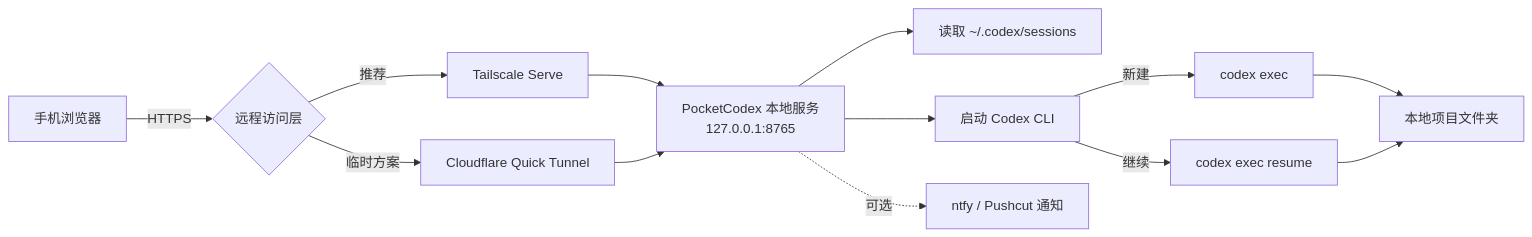
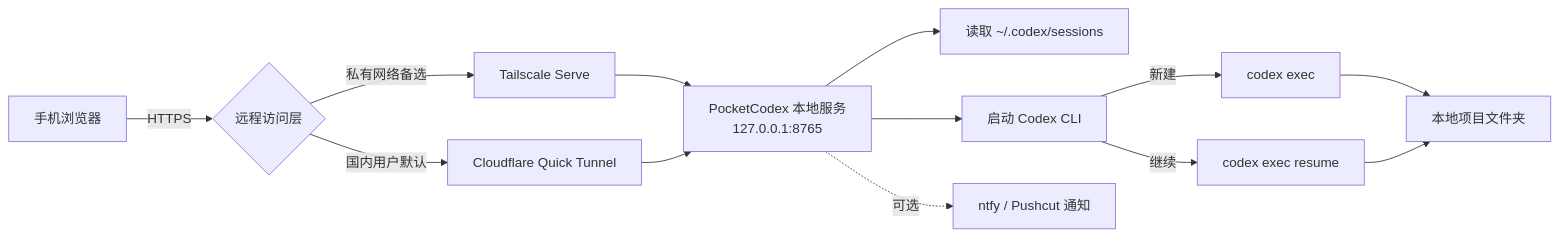
The diagram in README.md (wanlixing-dream/Pocket-Codex), drawn with Mermaid before and after one commit. The commit also changed other lines of this file and 3 other files, not shown here.

````diff
--- a/README.md
+++ b/README.md
@@ -34,15 +34,15 @@
 ```mermaid
 flowchart LR
     Phone[手机浏览器] -->|HTTPS| Access{远程访问层}
-    Access -->|推荐| TS[Tailscale Serve]
-    Access -->|临时方案| CF[Cloudflare Quick Tunnel]
+    Access -->|国内用户默认| CF[Cloudflare Quick Tunnel]
+    Access -->|私有网络备选| TS[Tailscale Serve]
     TS --> Server[PocketCodex 本地服务<br/>127.0.0.1:8765]
     CF --> Server
     Server --> Sessions[读取 ~/.codex/sessions]
     Server --> Runner[启动 Codex CLI]
     Runner -->|新建| New[codex exec]
     Runner -->|继续| Resume[codex exec resume]
     New --> Workspace[本地项目文件夹]
     Resume --> Workspace
     Server -.可选.-> Notify[ntfy / Pushcut 通知]
 ```
````
